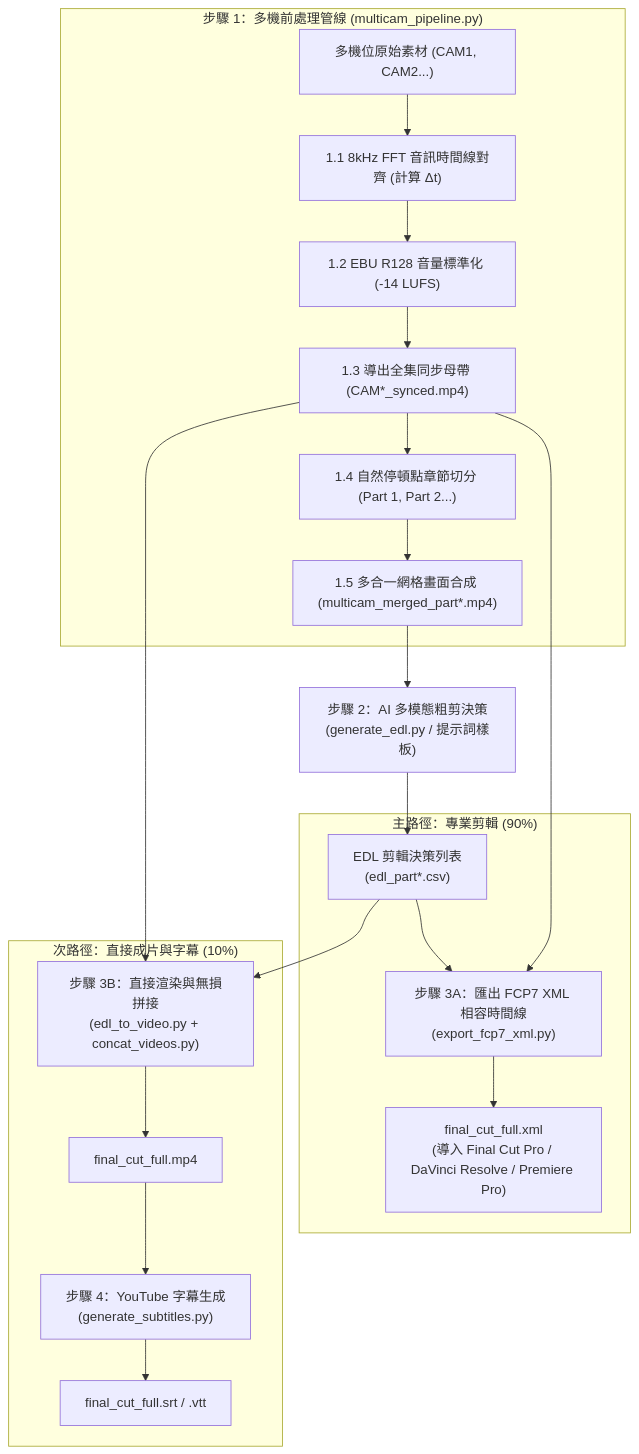
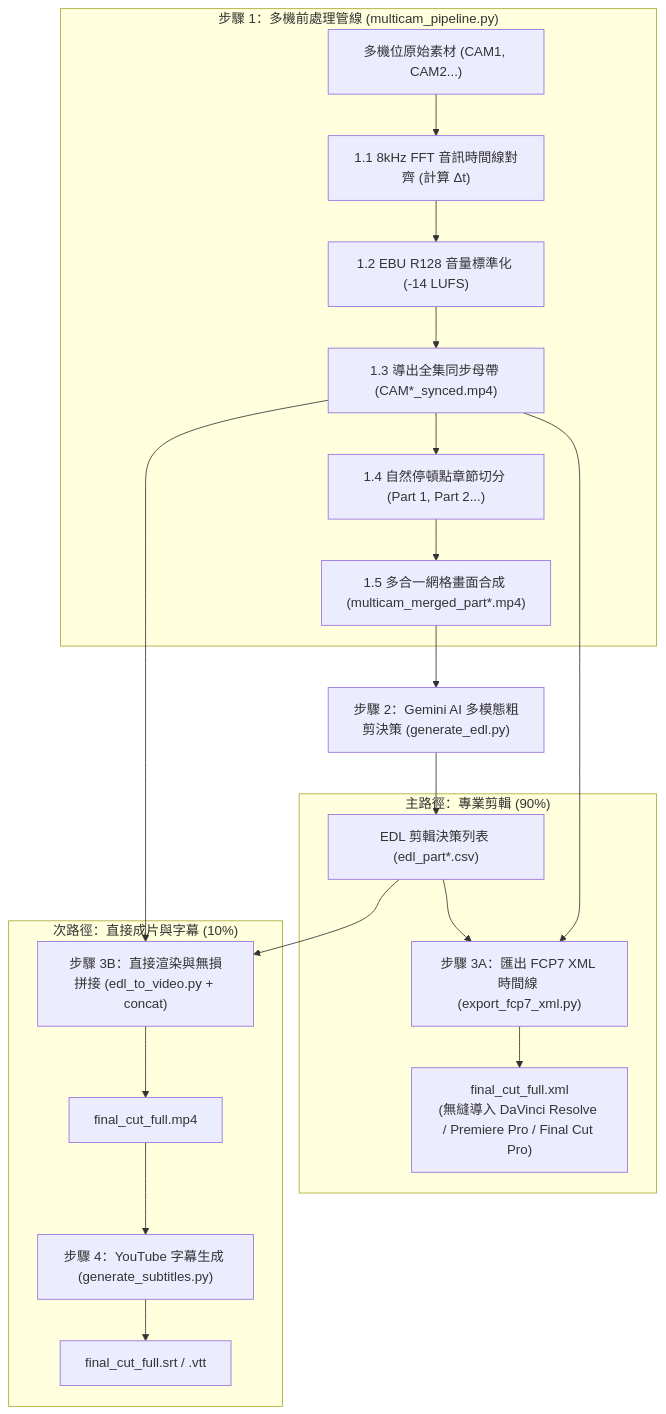
The diagram in README.zh-TW.md (sylphlin/multicam-video-preprocessing), drawn with Mermaid before and after one commit. The commit also changed other lines of this file and 8 other files, not shown here.

Commit message:
refactor(docs): orthogonalize rules, workflows, skills, and align READMEs with native Antigravity architecture

````diff
--- a/README.zh-TW.md
+++ b/README.zh-TW.md
@@ -53,27 +55,27 @@
 ```mermaid
 flowchart TD
     subgraph S1["步驟 1：多機前處理管線 (multicam_pipeline.py)"]
         A["多機位原始素材 (CAM1, CAM2...)"] --> S1_1["1.1 8kHz FFT 音訊時間線對齊 (計算 Δt)"]
         S1_1 --> S1_2["1.2 EBU R128 音量標準化 (-14 LUFS)"]
         S1_2 --> S1_3["1.3 導出全集同步母帶 (CAM*_synced.mp4)"]
         S1_3 --> S1_4["1.4 自然停頓點章節切分 (Part 1, Part 2...)"]
         S1_4 --> S1_5["1.5 多合一網格畫面合成 (multicam_merged_part*.mp4)"]
     end
 
-    S1_5 --> S2["步驟 2：AI 多模態粗剪決策<br/>(generate_edl.py / 提示詞樣板)"]
-    S2 --> EDL["EDL 剪輯決策列表<br/>(edl_part*.csv)"]
+    S1_5 --> S2["步驟 2：Gemini AI 多模態粗剪決策 (generate_edl.py)"]
+    S2 --> EDL["EDL 剪輯決策列表 (edl_part*.csv)"]
 
     subgraph S3A["主路徑：專業剪輯 (90%)"]
-        S1_3 --> S3A_ACT["步驟 3A：匯出 FCP7 XML 相容時間線<br/>(export_fcp7_xml.py)"]
+        S1_3 --> S3A_ACT["步驟 3A：匯出 FCP7 XML 時間線 (export_fcp7_xml.py)"]
         EDL --> S3A_ACT
-        S3A_ACT --> XML["final_cut_full.xml<br/>(導入 Final Cut Pro / DaVinci Resolve / Premiere Pro)"]
+        S3A_ACT --> XML["final_cut_full.xml<br/>(無縫導入 DaVinci Resolve / Premiere Pro / Final Cut Pro)"]
     end
 
     subgraph S3B["次路徑：直接成片與字幕 (10%)"]
-        S1_3 --> S3B_ACT["步驟 3B：直接渲染與無損拼接<br/>(edl_to_video.py + concat_videos.py)"]
+        S1_3 --> S3B_ACT["步驟 3B：直接渲染與無損拼接 (edl_to_video.py + concat)"]
         EDL --> S3B_ACT
         S3B_ACT --> MP4["final_cut_full.mp4"]
-        MP4 --> S4["步驟 4：YouTube 字幕生成<br/>(generate_subtitles.py)"]
+        MP4 --> S4["步驟 4：YouTube 字幕生成 (generate_subtitles.py)"]
         S4 --> SRT["final_cut_full.srt / .vtt"]
     end
 ```
````
